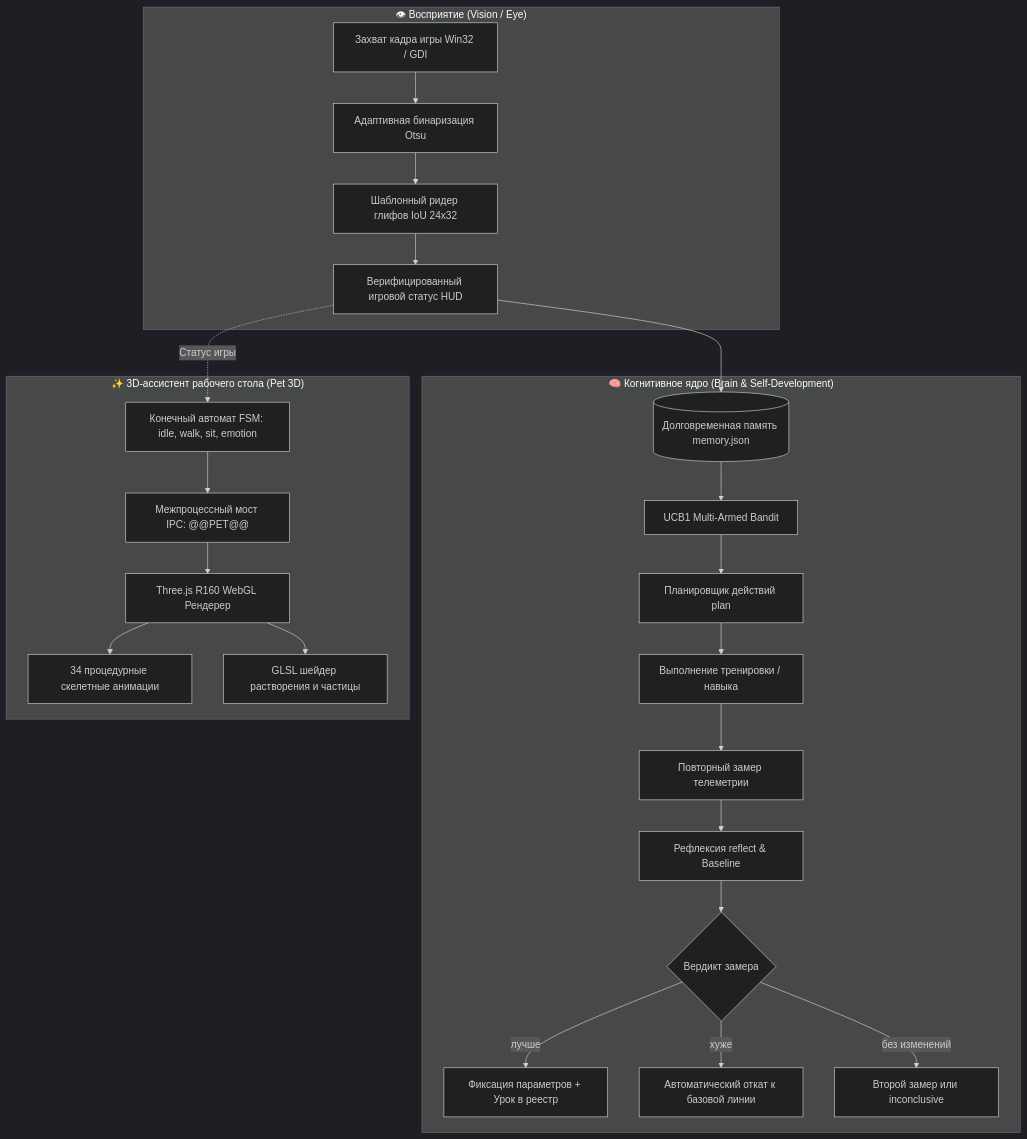
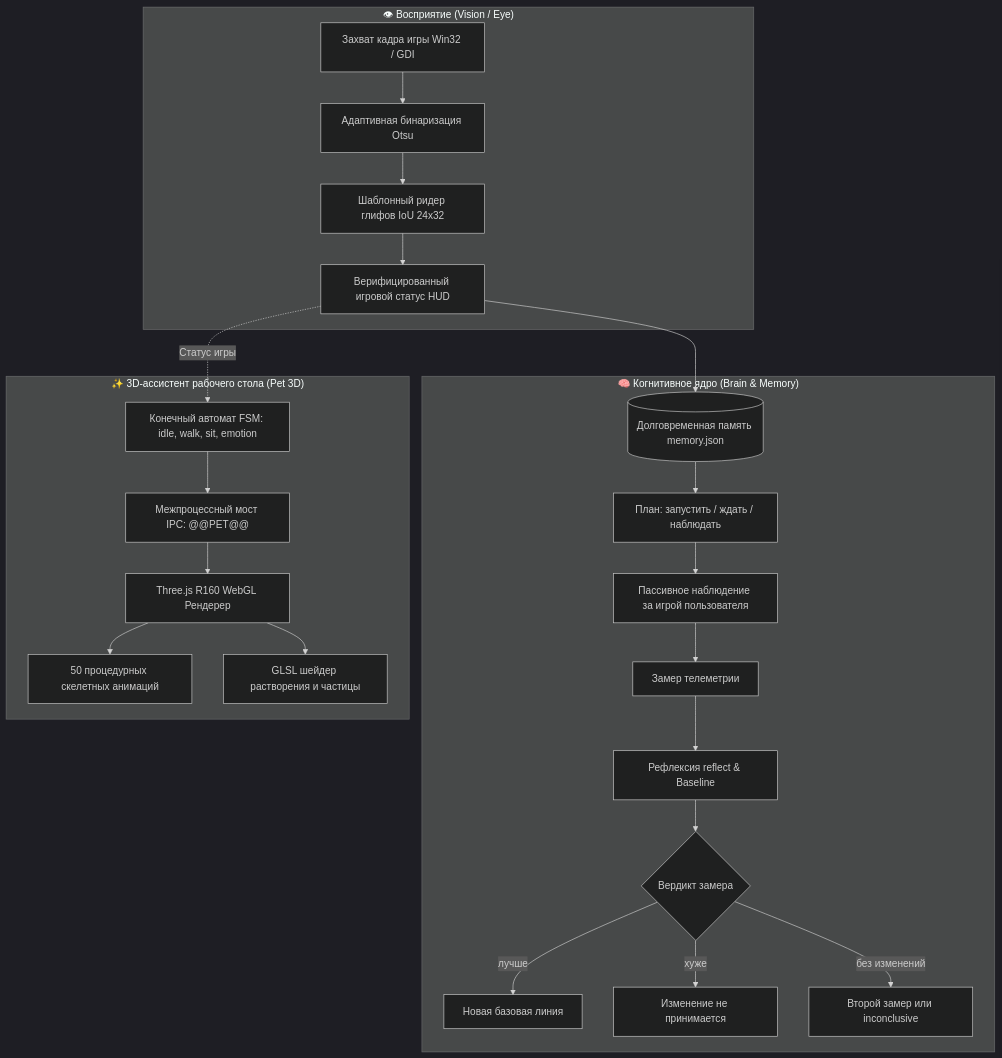
Before and after one commit to RomanStepanov55/Ai_assistantALT: the diagram in README.md, drawn with Mermaid (dark theme). The commit also changed other lines of this file and 4 other files, not shown here.

````diff
--- a/README.md
+++ b/README.md
@@ -29,30 +30,29 @@
 ```mermaid
 flowchart TB
     subgraph Senses ["👁 Восприятие (Vision / Eye)"]
         Cap[Захват кадра игры Win32 / GDI] --> Otsu[Адаптивная бинаризация Otsu]
         Otsu --> Reader[Шаблонный ридер глифов IoU 24x32]
         Reader --> State[Верифицированный игровой статус HUD]
     end
 
-    subgraph BrainCore ["🧠 Когнитивное ядро (Brain & Self-Development)"]
+    subgraph BrainCore ["🧠 Когнитивное ядро (Brain & Memory)"]
         State --> Memory[(Долговременная память memory.json)]
-        Memory --> UCB[UCB1 Multi-Armed Bandit]
-        UCB --> Planner[Планировщик действий plan]
-        Planner --> Exec[Выполнение тренировки / навыка]
-        Exec --> Probe[Повторный замер телеметрии]
+        Memory --> Plan[План: запустить / ждать / наблюдать]
+        Plan --> Observe[Пассивное наблюдение за игрой пользователя]
+        Observe --> Probe[Замер телеметрии]
         Probe --> Reflect[Рефлексия reflect & Baseline]
         Reflect --> Ledger{Вердикт замера}
-        Ledger -->|лучше| Accept[Фиксация параметров + Урок в реестр]
-        Ledger -->|хуже| Rollback[Автоматический откат к базовой линии]
+        Ledger -->|лучше| Accept[Новая базовая линия]
+        Ledger -->|хуже| Keep[Изменение не принимается]
         Ledger -->|без изменений| Retest[Второй замер или inconclusive]
     end
 
     subgraph Companion ["✨ 3D-ассистент рабочего стола (Pet 3D)"]
         FSM[Конечный автомат FSM: idle, walk, sit, emotion]
         State -.->|Статус игры| FSM
         FSM --> IPC[Межпроцессный мост IPC: @@PET@@]
         IPC --> ThreeJS[Three.js R160 WebGL Рендерер]
-        ThreeJS --> Skel[34 процедурные скелетные анимации]
+        ThreeJS --> Skel[50 процедурных скелетных анимаций]
         ThreeJS --> Shaders[GLSL шейдер растворения и частицы]
     end
 ```
````
